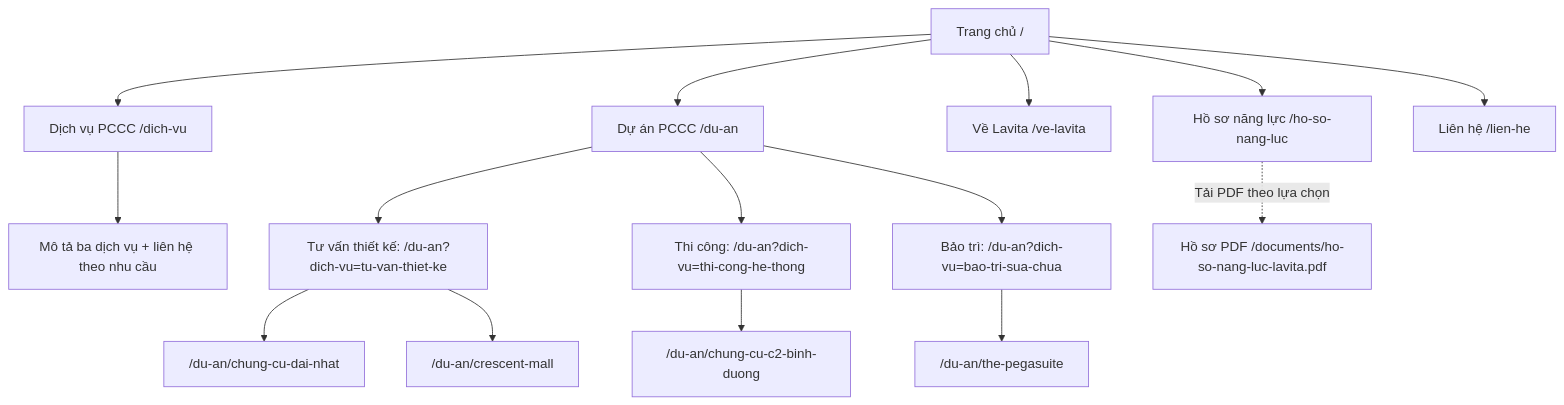
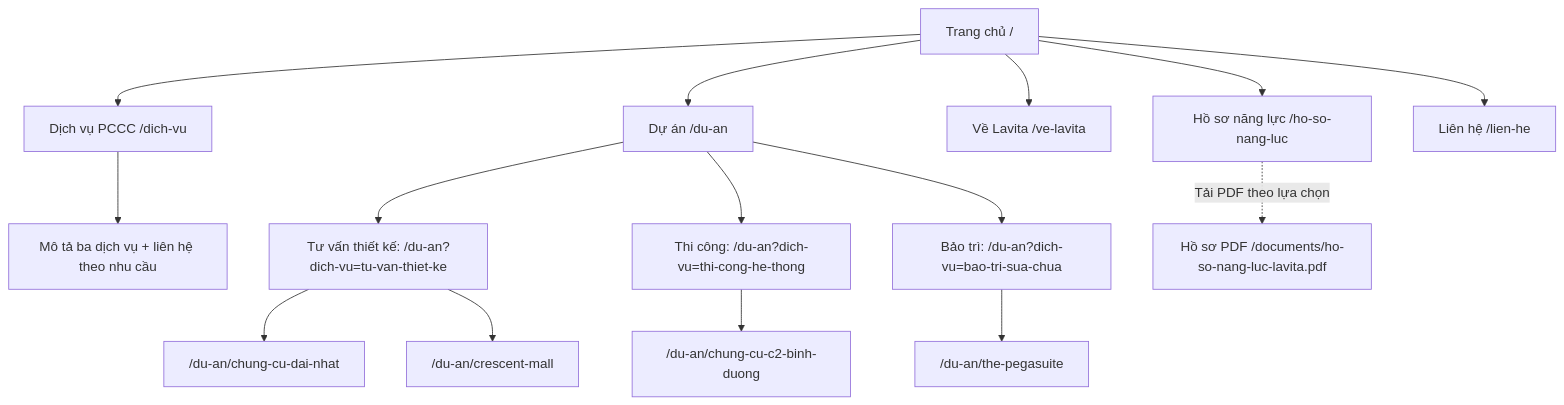
One commit to hoangthi0607/LavitaLandingPage changed the first of 2 diagrams in information-architecture.md. Above: the diagram before and after it, drawn with Mermaid. The commit also changed other lines of this file and 24 other files, not shown here.

````diff
--- a/information-architecture.md
+++ b/information-architecture.md
@@ -49,27 +49,27 @@
 ```mermaid
 flowchart TD
     H["Trang chủ /"]
     S["Dịch vụ PCCC /dich-vu"]
     SC["Mô tả ba dịch vụ + liên hệ theo nhu cầu"]
-    P["Dự án PCCC /du-an"]
+    P["Dự án /du-an"]
     PD["Tư vấn thiết kế: /du-an?dich-vu=tu-van-thiet-ke"]
     PI["Thi công: /du-an?dich-vu=thi-cong-he-thong"]
     PM["Bảo trì: /du-an?dich-vu=bao-tri-sua-chua"]
     P1["/du-an/chung-cu-dai-nhat"]
     P2["/du-an/crescent-mall"]
     P3["/du-an/chung-cu-c2-binh-duong"]
     P4["/du-an/the-pegasuite"]
     A["Về Lavita /ve-lavita"]
     CP["Hồ sơ năng lực /ho-so-nang-luc"]
     C["Liên hệ /lien-he"]
     F["Hồ sơ PDF /documents/ho-so-nang-luc-lavita.pdf"]
     H --> S
     S --> SC
     H --> P
     P --> PD & PI & PM
     PD --> P1 & P2
     PI --> P3
     PM --> P4
     H --> A & C & CP
     CP -. "Tải PDF theo lựa chọn" .-> F
 ```
````
